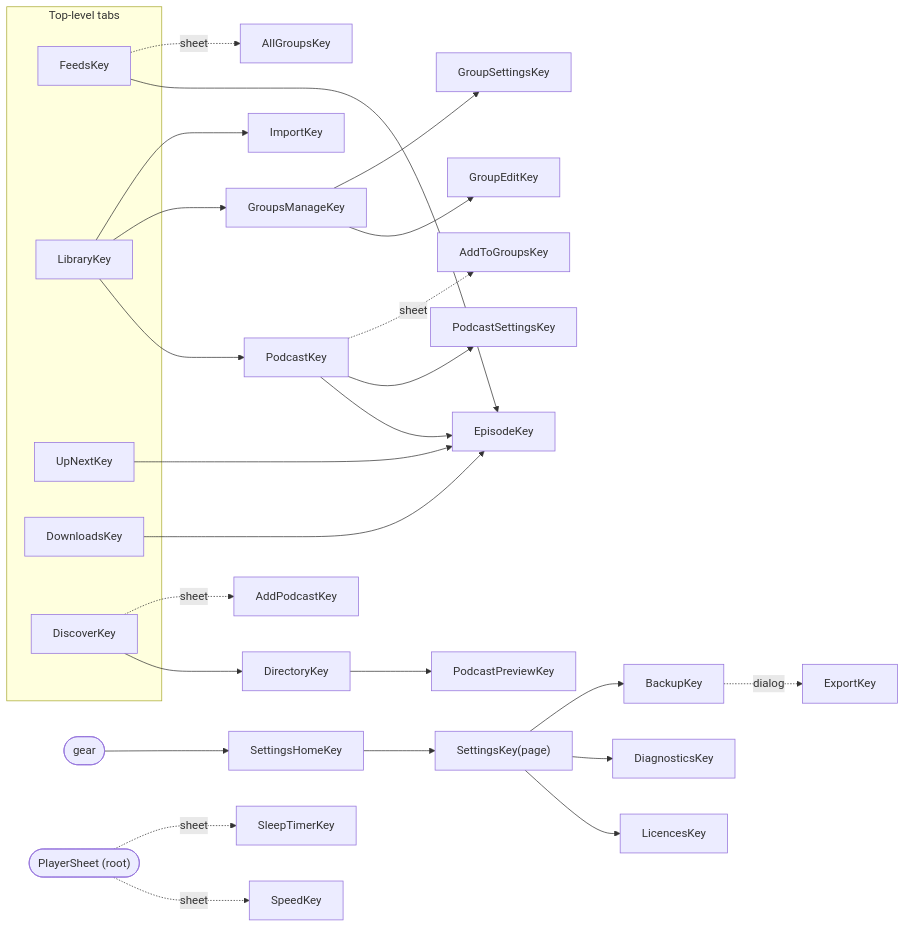
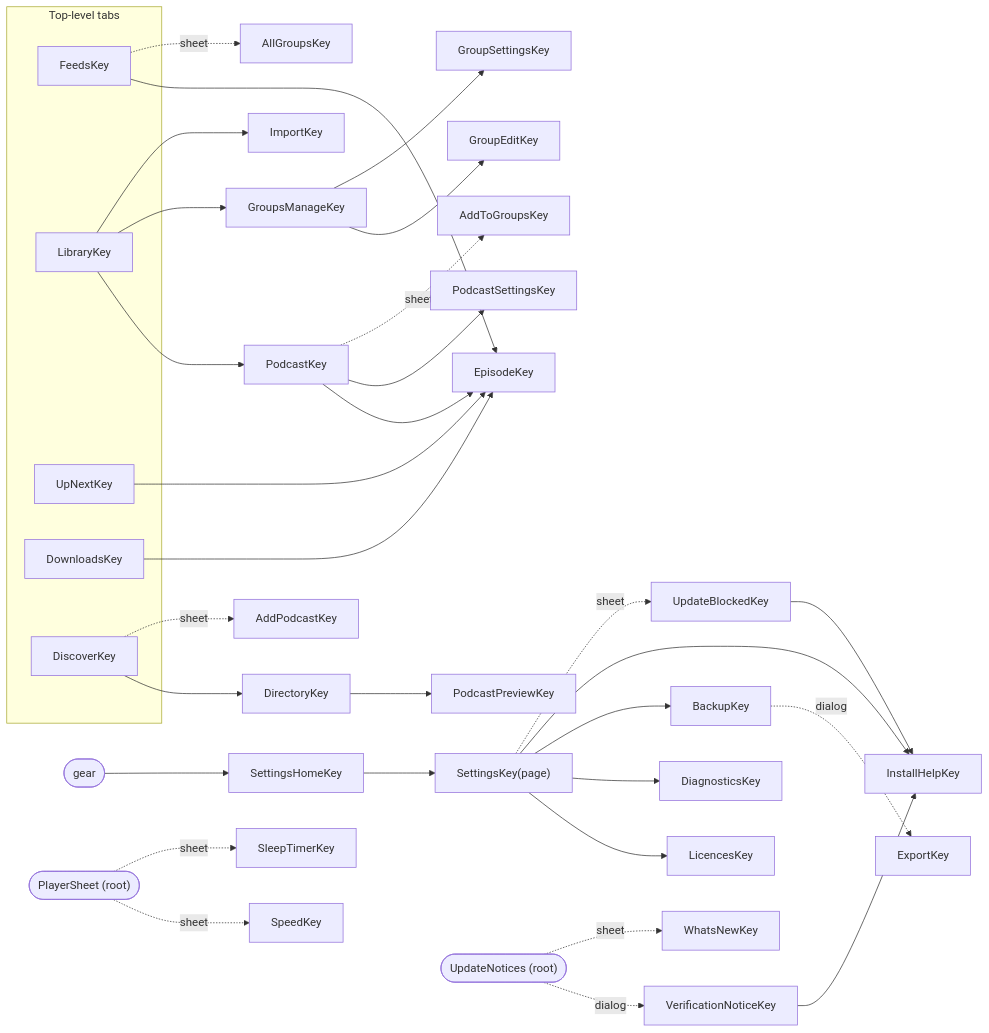
The first of 6 diagrams in docs/design/08-ui-ux.md (BigBoyDevBox/Neutrodyne), drawn with Mermaid before and after one commit. The commit also changed other lines of this file and 11 other files, not shown here.

````diff
--- a/docs/design/08-ui-ux.md
+++ b/docs/design/08-ui-ux.md
@@ -118,33 +128,39 @@
 ```mermaid
 flowchart LR
   subgraph TABS["Top-level tabs"]
     F["FeedsKey"]
     L["LibraryKey"]
     U["UpNextKey"]
     D["DownloadsKey"]
     X["DiscoverKey"]
   end
   F --> E["EpisodeKey"]
   F -. sheet .-> AG["AllGroupsKey"]
   L --> P["PodcastKey"]
   P --> E
   P --> PS["PodcastSettingsKey"]
   P -. sheet .-> ATG["AddToGroupsKey"]
   L --> GM["GroupsManageKey"]
   GM --> GE["GroupEditKey"]
   GM --> GS["GroupSettingsKey"]
   L --> IK["ImportKey"]
   U --> E
   D --> E
   X --> DIR["DirectoryKey"]
   DIR --> PP["PodcastPreviewKey"]
   X -. sheet .-> AP["AddPodcastKey"]
   GEAR(["gear"]) --> SH["SettingsHomeKey"]
   SH --> SK["SettingsKey(page)"]
   SK --> LIC["LicencesKey"]
   SK --> DG["DiagnosticsKey"]
   SK --> BK["BackupKey"]
   BK -. dialog .-> EX["ExportKey"]
+  SK --> IH["InstallHelpKey"]
+  SK -. sheet .-> UB["UpdateBlockedKey"]
+  UB --> IH
   PLAYER(["PlayerSheet (root)"]) -. sheet .-> SPD["SpeedKey"]
   PLAYER -. sheet .-> SLP["SleepTimerKey"]
+  NOTICES(["UpdateNotices (root)"]) -. dialog .-> VN["VerificationNoticeKey"]
+  NOTICES -. sheet .-> WN["WhatsNewKey"]
+  VN --> IH
 ```
````
